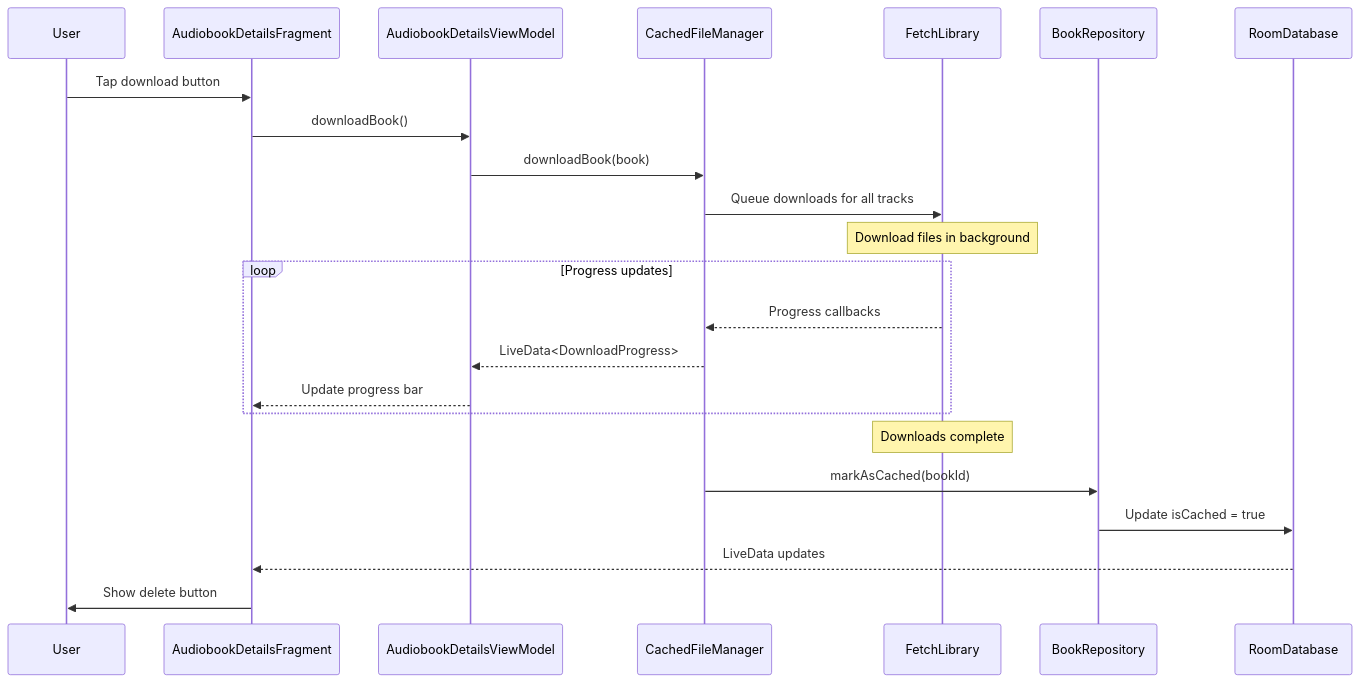
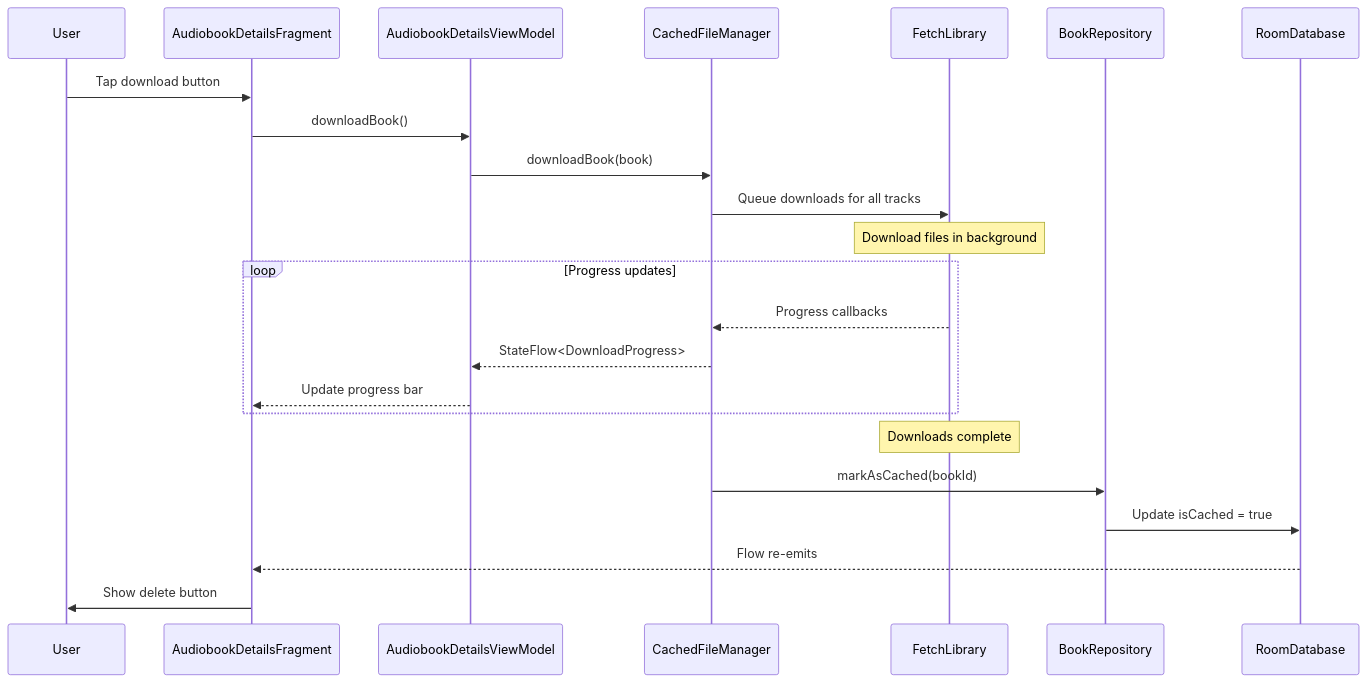
The sixth of 6 diagrams in backlog/docs/reference/05-data-flow.md (alebianco/chronicle), drawn with Mermaid before and after one commit. The commit also changed other lines of this file and 7 other files, not shown here.

````diff
--- a/backlog/docs/reference/05-data-flow.md
+++ b/backlog/docs/reference/05-data-flow.md
@@ -226,26 +231,26 @@
 ```mermaid
 sequenceDiagram
     participant User
     participant AudiobookDetailsFragment
     participant AudiobookDetailsViewModel
     participant CachedFileManager
     participant FetchLibrary
     participant BookRepository
     participant RoomDatabase
     
     User->>AudiobookDetailsFragment: Tap download button
     AudiobookDetailsFragment->>AudiobookDetailsViewModel: downloadBook()
     AudiobookDetailsViewModel->>CachedFileManager: downloadBook(book)
     CachedFileManager->>FetchLibrary: Queue downloads for all tracks
     Note over FetchLibrary: Download files in background
     loop Progress updates
         FetchLibrary-->>CachedFileManager: Progress callbacks
-        CachedFileManager-->>AudiobookDetailsViewModel: LiveData<DownloadProgress>
+        CachedFileManager-->>AudiobookDetailsViewModel: StateFlow<DownloadProgress>
         AudiobookDetailsViewModel-->>AudiobookDetailsFragment: Update progress bar
     end
     Note over FetchLibrary: Downloads complete
     CachedFileManager->>BookRepository: markAsCached(bookId)
     BookRepository->>RoomDatabase: Update isCached = true
-    RoomDatabase-->>AudiobookDetailsFragment: LiveData updates
+    RoomDatabase-->>AudiobookDetailsFragment: Flow re-emits
     AudiobookDetailsFragment->>User: Show delete button
 ```
````
